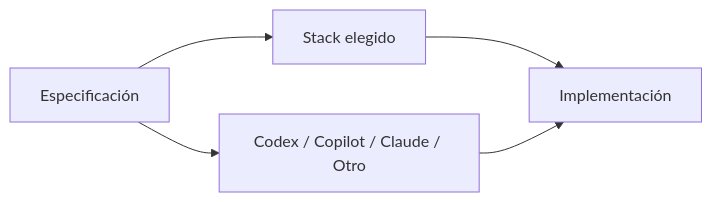
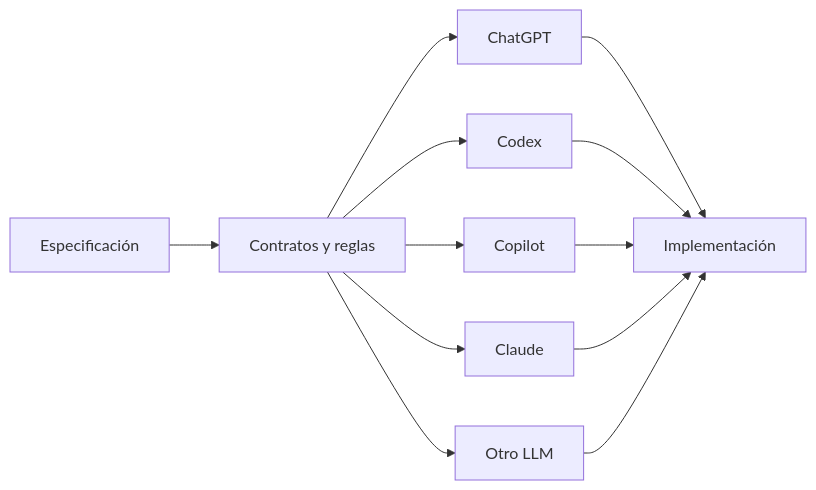
Before and after one commit to balderasalberto/eventos-sociales: the second of 2 diagrams in docs/decisions/ADR-004-stack-tecnologico-mvp.md, drawn with Mermaid. The commit also changed other lines of this file, not shown here.

Commit message:
docs: resolve ADR-004 with language-agnostic architecture

````diff
--- a/docs/decisions/ADR-004-stack-tecnologico-mvp.md
+++ b/docs/decisions/ADR-004-stack-tecnologico-mvp.md
@@ -73,7 +89,15 @@
 ```mermaid
 flowchart LR
-    SPEC[Especificación] --> STACK[Stack elegido]
-    STACK --> IMPL[Implementación]
-    AGENT[Codex / Copilot / Claude / Otro] --> IMPL
-    SPEC --> AGENT
+    SPEC[Especificación] --> CONTRACTS[Contratos y reglas]
+    CONTRACTS --> CHATGPT[ChatGPT]
+    CONTRACTS --> CODEX[Codex]
+    CONTRACTS --> COPILOT[Copilot]
+    CONTRACTS --> CLAUDE[Claude]
+    CONTRACTS --> OTHER[Otro LLM]
+
+    CHATGPT --> IMPL[Implementación]
+    CODEX --> IMPL
+    COPILOT --> IMPL
+    CLAUDE --> IMPL
+    OTHER --> IMPL
 ```
````
